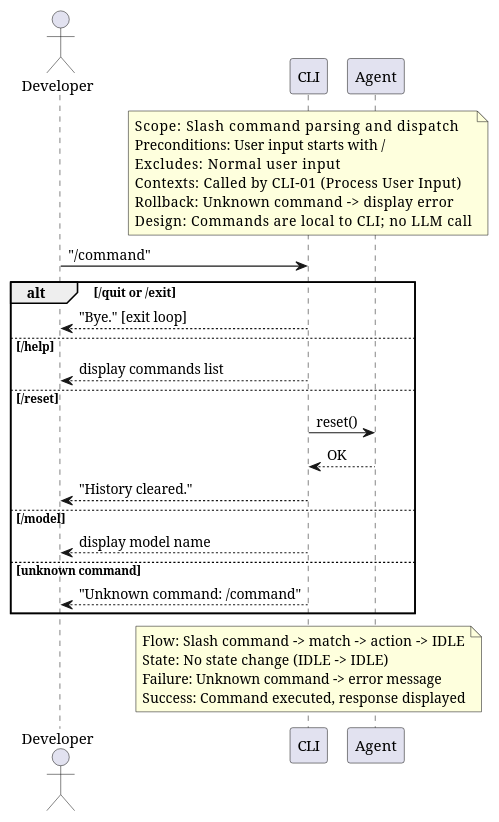
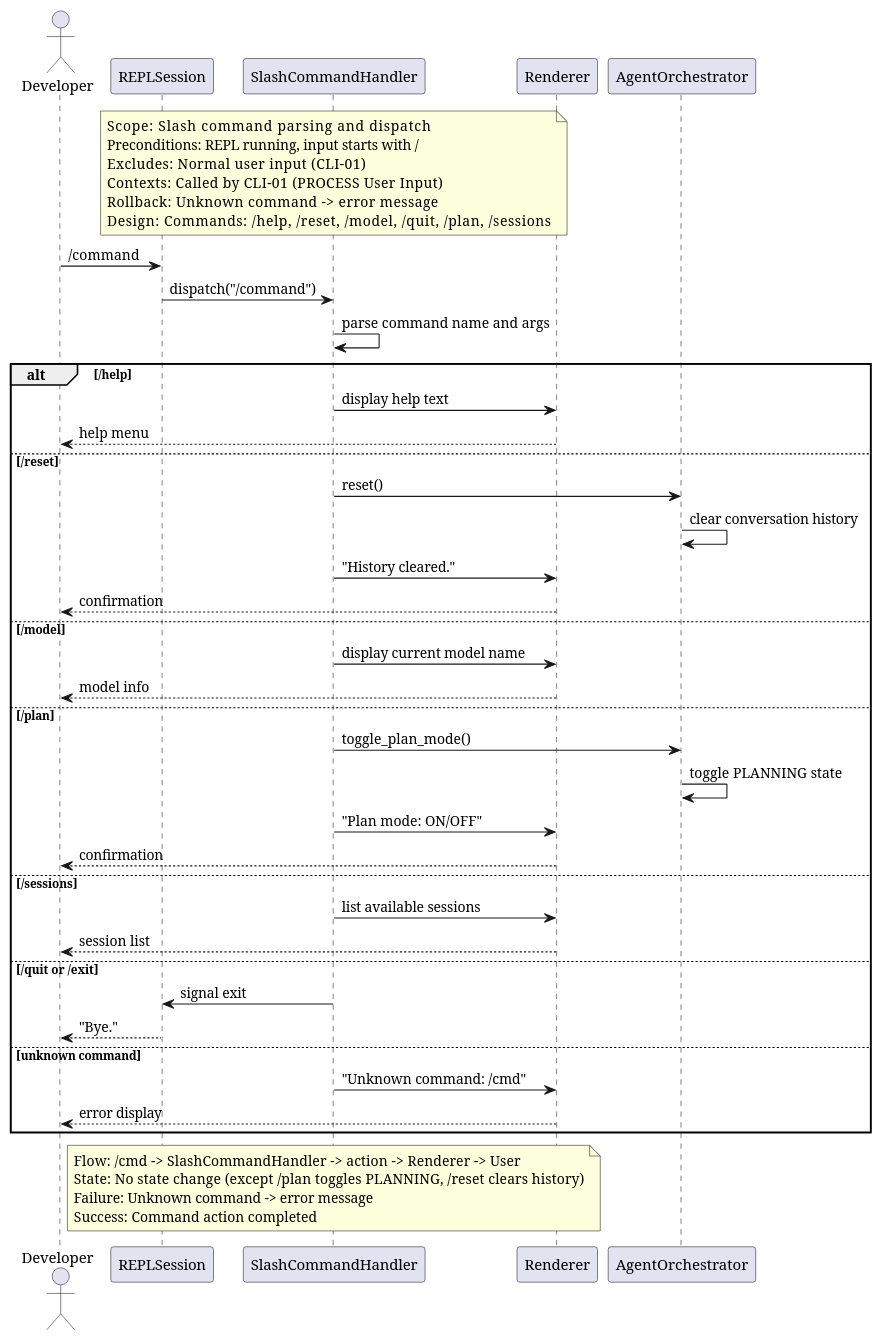
One commit to salimnamvar/nasim changed the diagram in docs/sq/CLI/sq_cli02_execute_slash_command.puml. Above: the diagram before and after it, drawn with PlantUML. The commit also changed 72 other files, not shown here.

```diff
--- a/docs/sq/CLI/sq_cli02_execute_slash_command.puml
+++ b/docs/sq/CLI/sq_cli02_execute_slash_command.puml
@@ -1,50 +1,70 @@
 @startuml sq_cli02_execute_slash_command
 ' ============================================================
 ' Title:     CLI-02 — Execute Slash Command
 ' Boundary:  nasim code agent CLI
-' Purpose:   Handle /help, /reset, /quit, /model commands
-' Milestone: v0.1
-' Version:   1.0.0
-' Source:    —
-' Review:    docs/audit/audit_2026-06-20_design-chain.md
+' Purpose:   Slash command routing and execution
+' Milestone: v1.0
+' Version:   2.0.0
+' Source:    docs/audit/audit_2026-06-20_capability-and-architecture.md
+' Review:    —
 ' ============================================================
 
 actor "Developer" as user
-participant "CLI" as cli
-participant "Agent" as agent
+participant "REPLSession" as repl
+participant "SlashCommandHandler" as cmd
+participant "Renderer" as renderer
+participant "AgentOrchestrator" as agent
 
-box "CLI (cli.py)" #E8F5E9
+box "CLI Layer" #E8F5E9
+end box
+box "Agent Layer" #E3F2FD
 end box
 
-note over cli
+note over cmd
   Scope:          Slash command parsing and dispatch
-  Preconditions:  User input starts with /
-  Excludes:       Normal user input
-  Contexts:       Called by CLI-01 (Process User Input)
-  Rollback:       Unknown command -> display error
-  Design:         Commands are local to CLI; no LLM call
+  Preconditions:  REPL running, input starts with /
+  Excludes:       Normal user input (CLI-01)
+  Contexts:       Called by CLI-01 (PROCESS User Input)
+  Rollback:       Unknown command -> error message
+  Design:         Commands: /help, /reset, /model, /quit, /plan, /sessions
 end note
 
-user -> cli : "/command"
-alt /quit or /exit
-    cli --> user : "Bye." [exit loop]
-else /help
-    cli --> user : display commands list
+user -> repl : /command
+repl -> cmd : dispatch("/command")
+cmd -> cmd : parse command name and args
+
+alt /help
+    cmd -> renderer : display help text
+    renderer --> user : help menu
 else /reset
-    cli -> agent : reset()
-    agent --> cli : OK
-    cli --> user : "History cleared."
+    cmd -> agent : reset()
+    agent -> agent : clear conversation history
+    cmd -> renderer : "History cleared."
+    renderer --> user : confirmation
 else /model
-    cli --> user : display model name
+    cmd -> renderer : display current model name
+    renderer --> user : model info
+else /plan
+    cmd -> agent : toggle_plan_mode()
+    agent -> agent : toggle PLANNING state
+    cmd -> renderer : "Plan mode: ON/OFF"
+    renderer --> user : confirmation
+else /sessions
+    cmd -> renderer : list available sessions
+    renderer --> user : session list
+else /quit or /exit
+    cmd -> repl : signal exit
+    repl --> user : "Bye."
 else unknown command
-    cli --> user : "Unknown command: /command"
+    cmd -> renderer : "Unknown command: /cmd"
+    renderer --> user : error display
 end
 
-note over cli
-  Flow:    Slash command -> match -> action -> IDLE
-  State:   No state change (IDLE -> IDLE)
+note over cmd
+  Flow:    /cmd -> SlashCommandHandler -> action -> Renderer -> User
+  State:   No state change (except /plan toggles PLANNING, /reset clears history)
   Failure: Unknown command -> error message
-  Success: Command executed, response displayed
+  Success: Command action completed
 end note
 
 @enduml
```
